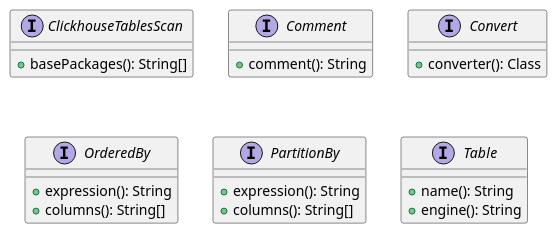
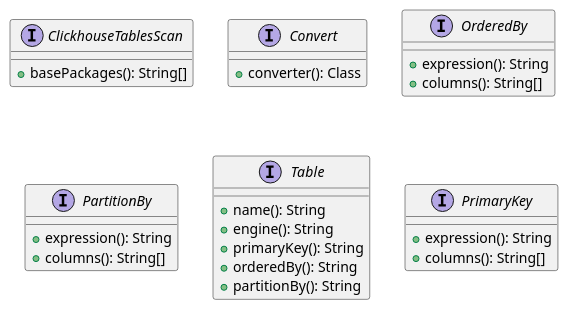
One commit to alexsarrell/clicklient changed the fifth of 5 diagrams in opendbadapter/client/src/main/resources/flow.puml. Above: the diagram before and after it, drawn with PlantUML. The commit also changed 27 other files, not shown here.

```diff
--- a/opendbadapter/client/src/main/resources/flow.puml
+++ b/opendbadapter/client/src/main/resources/flow.puml
@@ -246,29 +246,33 @@
 @startuml
 
 interface ClickhouseTablesScan {
     + basePackages(): String[]
-}
-
-interface Comment {
-    + comment(): String
 }
 
 interface Convert {
     + converter(): Class
 }
 
 interface OrderedBy {
     + expression(): String
     + columns(): String[]
 }
 
 interface PartitionBy {
     + expression(): String
     + columns(): String[]
 }
 
 interface Table {
     + name(): String
     + engine(): String
+    + primaryKey(): String
+    + orderedBy(): String
+    + partitionBy(): String
+}
+
+interface PrimaryKey {
+    + expression(): String
+    + columns(): String[]
 }
 @enduml
```
